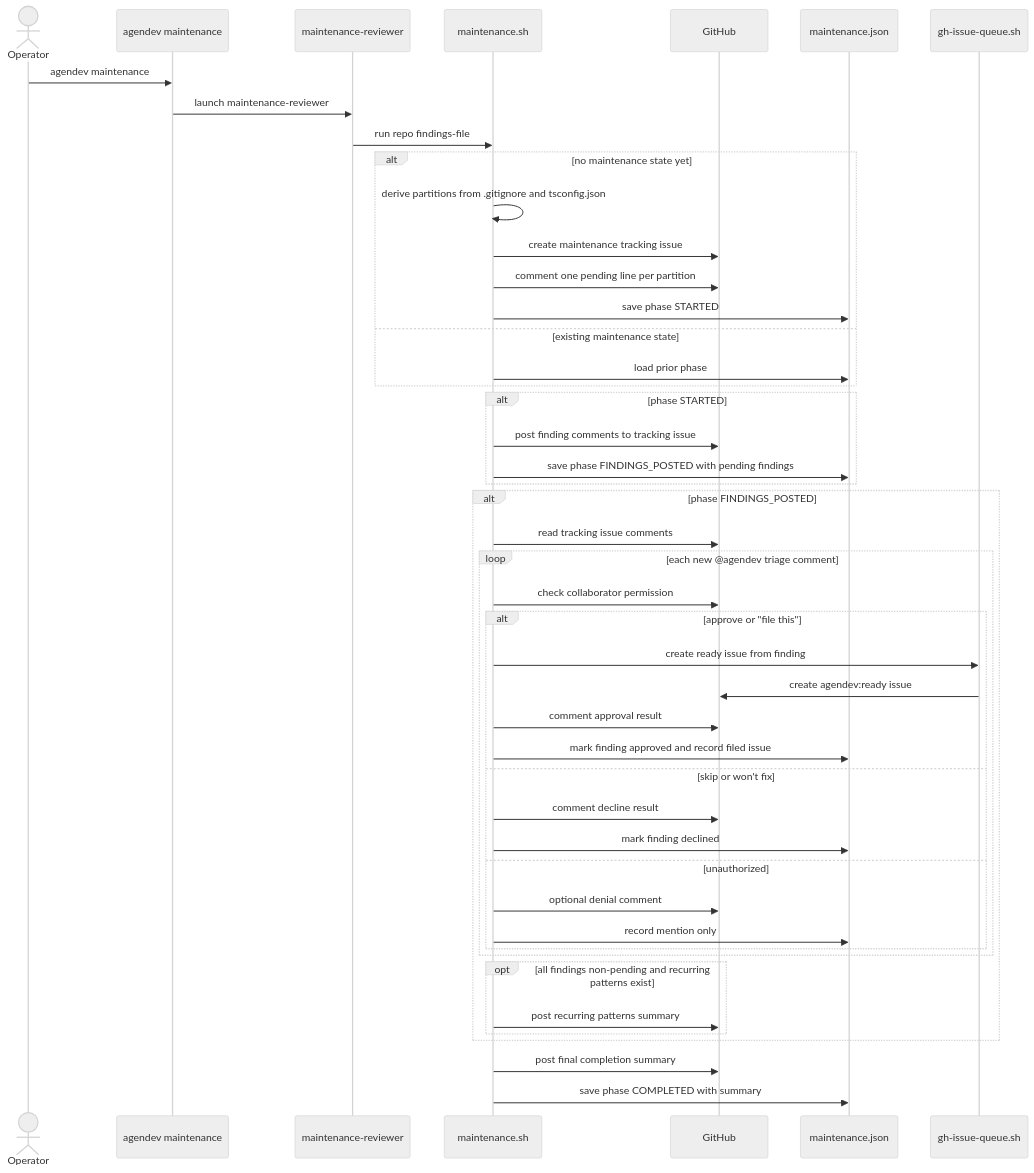
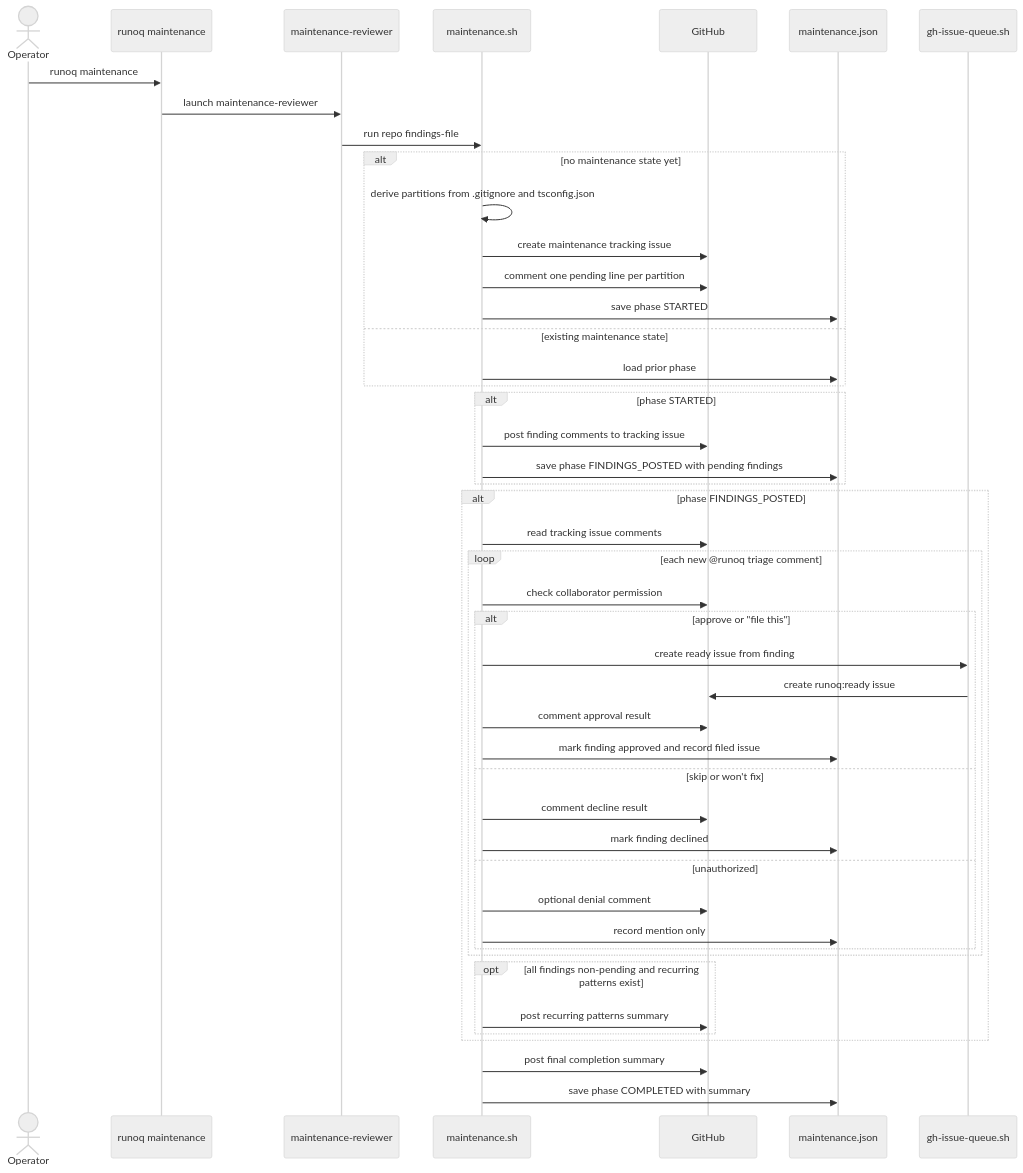
The sixth of 6 diagrams in docs/architecture/flows.md (morhekil/runoq), drawn with Mermaid (neutral theme) before and after one commit. The commit also changed other lines of this file and 98 other files, not shown here.

Commit message:
rebranding from agendev to runoq

````diff
--- a/docs/architecture/flows.md
+++ b/docs/architecture/flows.md
@@ -263,49 +263,49 @@
 ```mermaid
 sequenceDiagram
   actor Operator
-  participant CLI as agendev maintenance
+  participant CLI as runoq maintenance
   participant Agent as maintenance-reviewer
   participant Maint as maintenance.sh
   participant GH as GitHub
   participant State as maintenance.json
   participant Queue as gh-issue-queue.sh
 
-  Operator->>CLI: agendev maintenance
+  Operator->>CLI: runoq maintenance
   CLI->>Agent: launch maintenance-reviewer
   Agent->>Maint: run repo findings-file
   alt no maintenance state yet
     Maint->>Maint: derive partitions from .gitignore and tsconfig.json
     Maint->>GH: create maintenance tracking issue
     Maint->>GH: comment one pending line per partition
     Maint->>State: save phase STARTED
   else existing maintenance state
     Maint->>State: load prior phase
   end
   alt phase STARTED
     Maint->>GH: post finding comments to tracking issue
     Maint->>State: save phase FINDINGS_POSTED with pending findings
   end
   alt phase FINDINGS_POSTED
     Maint->>GH: read tracking issue comments
-    loop each new @agendev triage comment
+    loop each new @runoq triage comment
       Maint->>GH: check collaborator permission
       alt approve or "file this"
         Maint->>Queue: create ready issue from finding
-        Queue->>GH: create agendev:ready issue
+        Queue->>GH: create runoq:ready issue
         Maint->>GH: comment approval result
         Maint->>State: mark finding approved and record filed issue
       else skip or won't fix
         Maint->>GH: comment decline result
         Maint->>State: mark finding declined
       else unauthorized
         Maint->>GH: optional denial comment
         Maint->>State: record mention only
       end
     end
     opt all findings non-pending and recurring patterns exist
       Maint->>GH: post recurring patterns summary
     end
   end
   Maint->>GH: post final completion summary
   Maint->>State: save phase COMPLETED with summary
 ```
````
